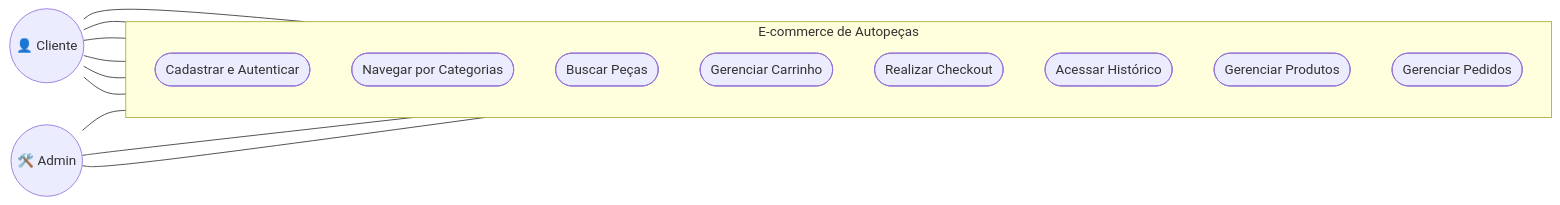
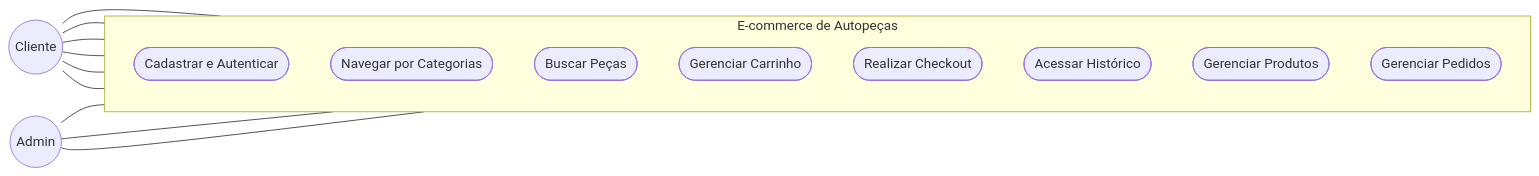
The first of 3 diagrams in README.md (Beto-Ribeiro/AutoPro), drawn with Mermaid before and after one commit. The commit also changed other lines of this file, not shown here.

Commit message:
docs: Atualização e implementação dos diagramas na documentação

````diff
--- a/README.md
+++ b/README.md
@@ -80,32 +80,32 @@
 ```mermaid
 flowchart LR
     %% Atores
-    C((👤 Cliente))
-    A((🛠️ Admin))
+    C(( Cliente))
+    A(( Admin))
 
     %% Sistema
     subgraph E-commerce de Autopeças
         direction TB
         UC1([Cadastrar e Autenticar])
         UC2([Navegar por Categorias])
         UC3([Buscar Peças])
         UC4([Gerenciar Carrinho])
         UC5([Realizar Checkout])
         UC6([Acessar Histórico])
         UC7([Gerenciar Produtos])
         UC8([Gerenciar Pedidos])
     end
 
     %% Relacionamentos do Cliente
     C --- UC1
     C --- UC2
     C --- UC3
     C --- UC4
     C --- UC5
     C --- UC6
 
     %% Relacionamentos do Admin
     A --- UC1
     A --- UC7
     A --- UC8
 ```
````
